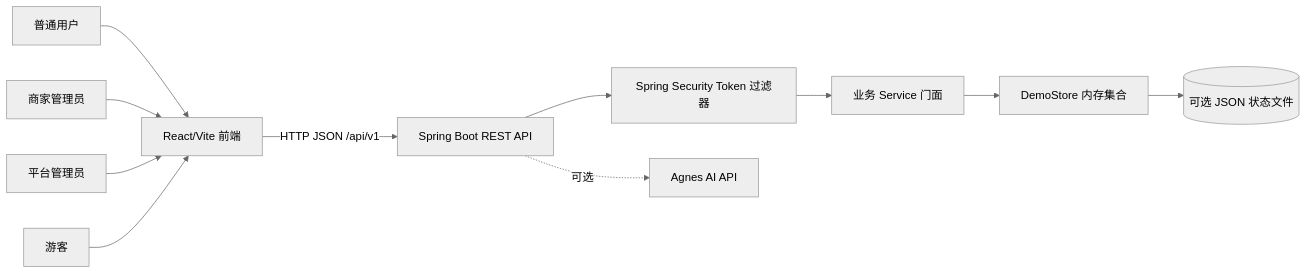
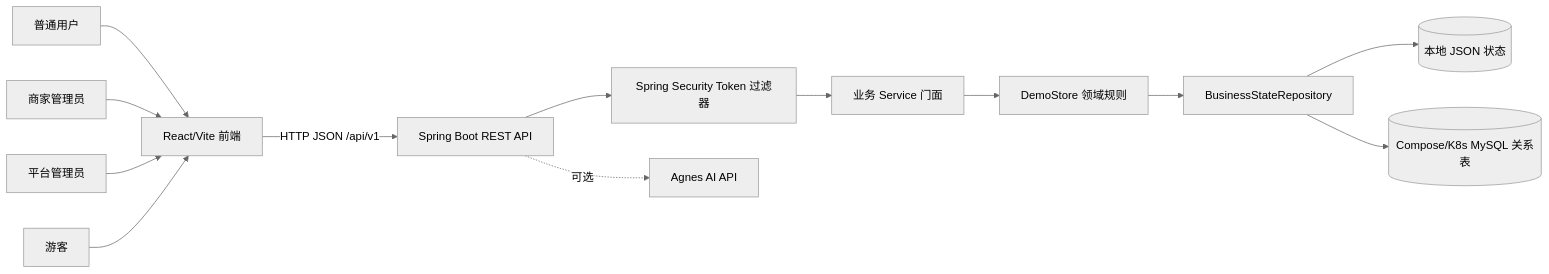
One commit to daihao007/Lumalife changed the first of 27 diagrams in docs/12_软件需求规格说明书.md. Above: the diagram before and after it, drawn with Mermaid (neutral theme). The commit also changed other lines of this file and 13 other files, not shown here.

````diff
--- a/docs/12_软件需求规格说明书.md
+++ b/docs/12_软件需求规格说明书.md
@@ -93,13 +93,15 @@
 ```mermaid
 flowchart LR
     U[普通用户] --> FE[React/Vite 前端]
     M[商家管理员] --> FE
     A[平台管理员] --> FE
     V[游客] --> FE
     FE -->|HTTP JSON /api/v1| API[Spring Boot REST API]
     API --> SEC[Spring Security Token 过滤器]
     SEC --> SVC[业务 Service 门面]
-    SVC --> STORE[DemoStore 内存集合]
-    STORE --> STATE[(可选 JSON 状态文件)]
+    SVC --> STORE[DemoStore 领域规则]
+    STORE --> PORT[BusinessStateRepository]
+    PORT --> FILE[(本地 JSON 状态)]
+    PORT --> MYSQL[(Compose/K8s MySQL 关系表)]
     API -.可选.-> AGNES[Agnes AI API]
 ```
````
